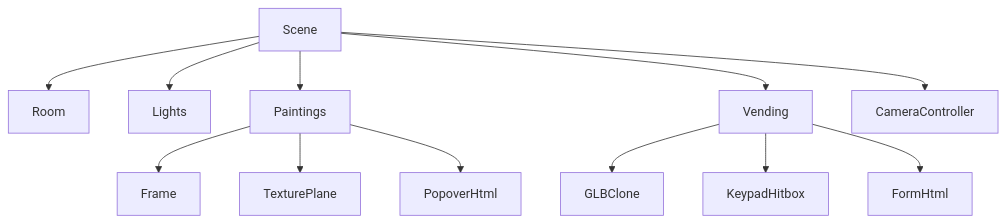
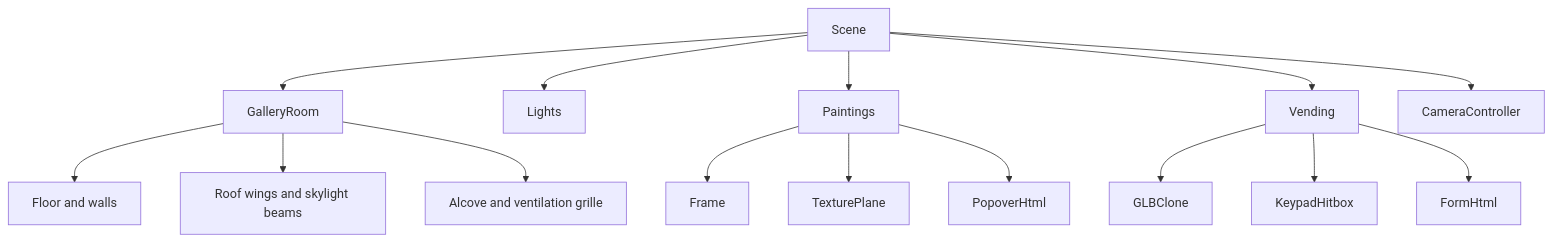
Before and after one commit to rezalukman29/interactive-gallery: the second of 6 diagrams in docs/GALLERY-GUIDE.en.md, drawn with Mermaid. The commit also changed other lines of this file and 12 other files, not shown here.

````diff
--- a/docs/GALLERY-GUIDE.en.md
+++ b/docs/GALLERY-GUIDE.en.md
@@ -110,14 +115,17 @@
 ```mermaid
 flowchart TD
-  Scene --> Room
+  Scene --> Room[GalleryRoom]
+  Room --> Walls[Floor and walls]
+  Room --> Roof[Roof wings and skylight beams]
+  Room --> Details[Alcove and ventilation grille]
   Scene --> Lights
   Scene --> Paintings
   Scene --> Vending
   Scene --> CameraController
   Paintings --> Frame
   Paintings --> TexturePlane
   Paintings --> PopoverHtml
   Vending --> GLBClone
   Vending --> KeypadHitbox
   Vending --> FormHtml
 ```
````
